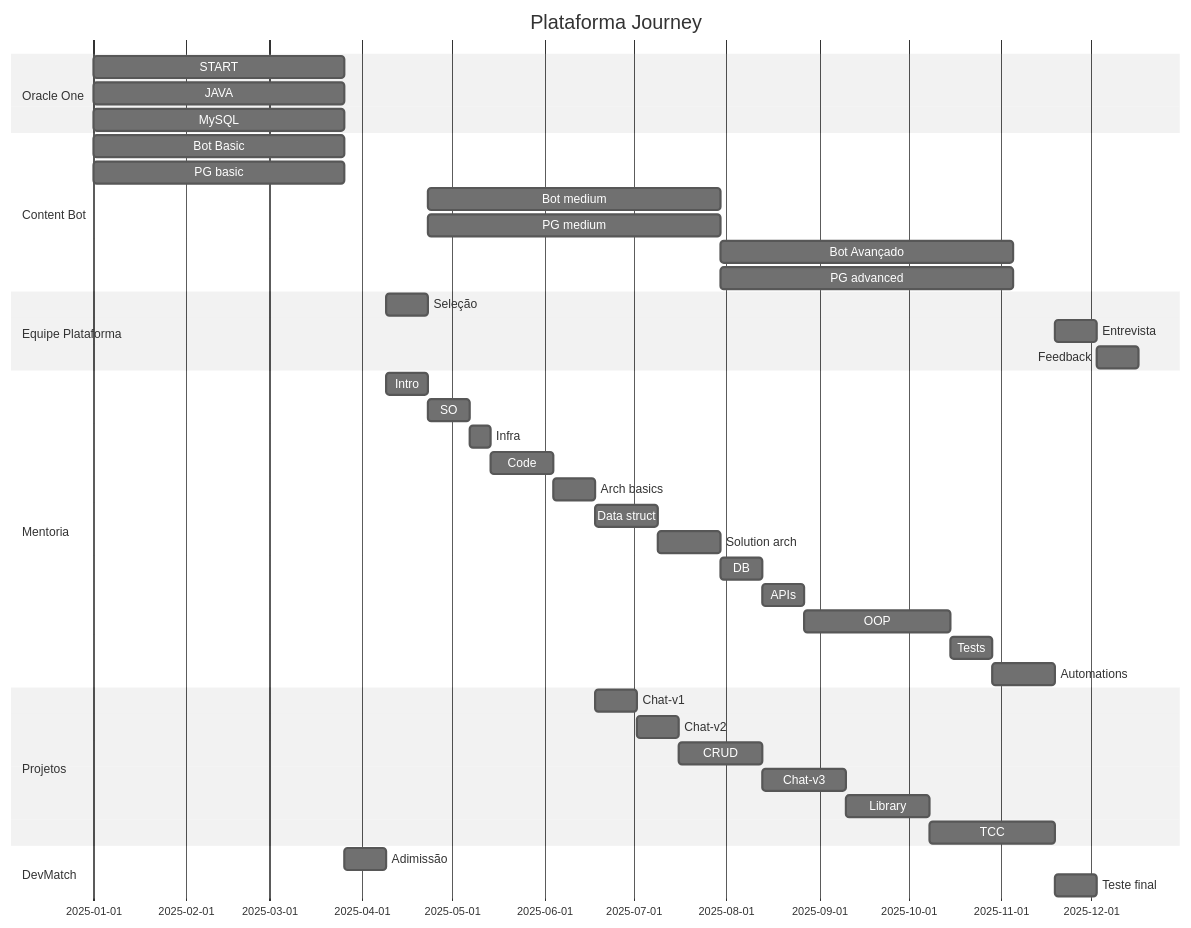
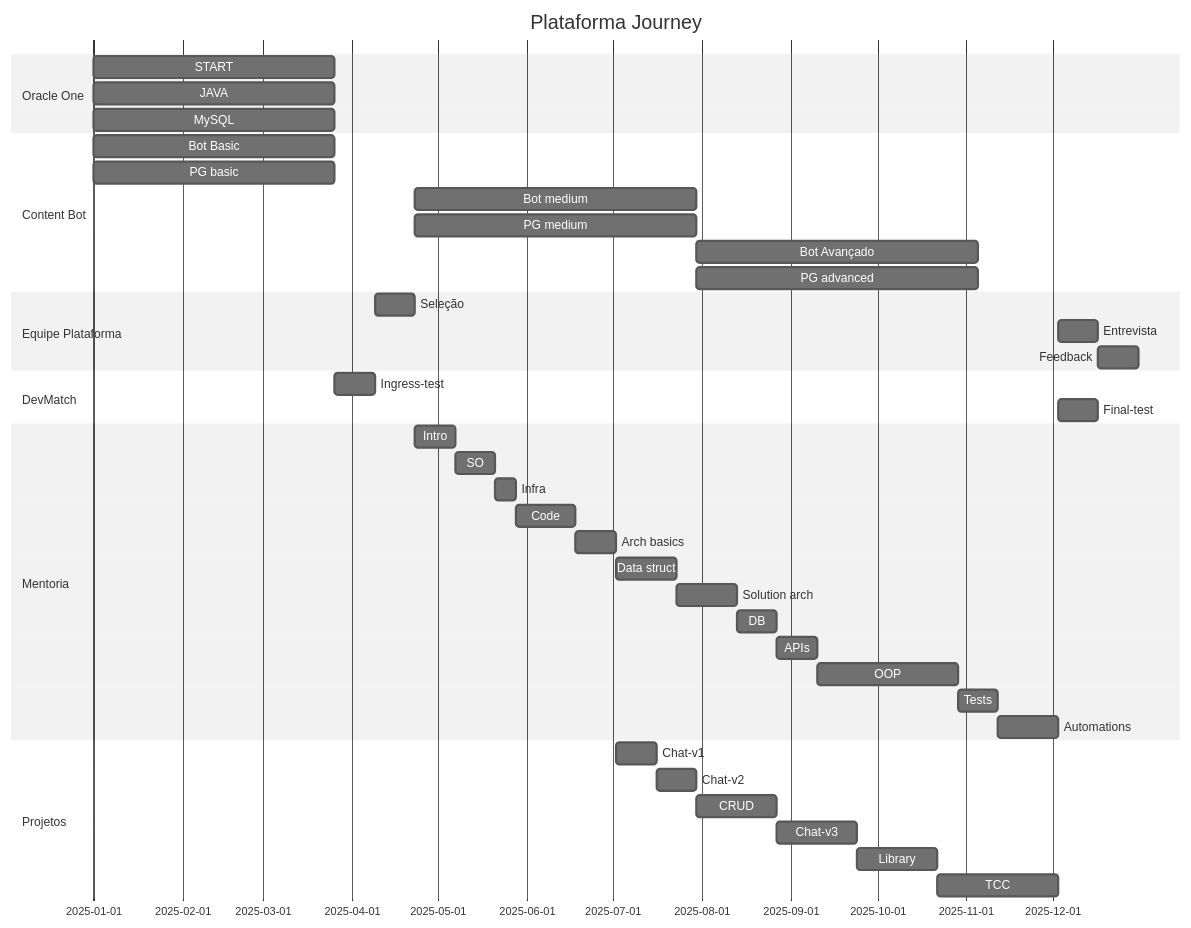
The diagram in README.md (RafaelFino/plataforma-journey), drawn with Mermaid (neutral theme) before and after one commit.

````diff
--- a/README.md
+++ b/README.md
@@ -15,43 +15,43 @@
 ```mermaid
 gantt
     title Plataforma Journey    
     dateFormat  YYYY-MM-DD
     section Oracle One
         START: one_start, 2025-01-01, 12w
         JAVA: one_java, 2025-01-01, 12w
         MySQL: one_mysql, 2025-01-01, 12w
     section Content Bot
         Bot Basic: bot_content_basic, 2025-01-01, 12w
         PG basic: bot_pg_basic, 2025-01-01, 12w
         Bot medium: bot_content_med, after eval_behave, 14w
         PG medium: bot_pg_med, after eval_behave, 14w
         Bot Avançado: bot_content_adv, after bot_content_med, 14w
         PG advanced: bot_pg_adv, after bot_content_med, 14w
     section Equipe Plataforma
-        Seleção: eval_behave, after eval_dev, 2w
-        Entrevista: behave_eval_final, after prj_tcc, 2w
+        Seleção: eval_behave, after test_ingress, 2w
+        Entrevista: eval_final, after prj_tcc, 2w
         Feedback: team_feedback, after behave_eval_final, 2w
+    section DevMatch
+        Ingress-test: test_ingress, after bot_content_basic, 2w
+        Final-test: test_final, after prj_tcc, 2w      
     section Mentoria
-        Intro: ment_intro, after eval_dev, 2w
+        Intro: ment_intro, after eval_behave, 2w
         SO: ment_SO, after ment_intro, 2w
         Infra: ment_infra, after ment_SO, 1w
         Code: ment_coding, after ment_infra, 3w
         Arch basics: ment_arch_basic, after ment_coding, 2w
         Data struct: ment_data_structure, after ment_arch_basic, 3w
         Solution arch: ment_solution_arch, after ment_data_structure, 3w
         DB: ment_sql, after ment_solution_arch, 2w
         APIs: ment_apis, after ment_sql, 2w
         OOP: ment_oop, after ment_apis, 7w
         Tests: ment_tests, after ment_oop, 2w
         Automations: ment_automations, after ment_tests, 3w
     section Projetos        
         Chat-v1: prj_chat_v1, after ment_arch_basic, 2w
         Chat-v2: prj_chat_v2, after prj_chat_v1, 2w
         CRUD: prj_crud, after prj_chat_v2, 4w
         Chat-v3: prj_chat_v3, after ment_sql, 4w
         Library: prj_lib, after prj_chat_v3, 4w
-        TCC: prj_tcc, after prj_lib, 6w
-    section DevMatch
-        Adimissão: eval_dev, after bot_content_basic, 2w
-        Teste final: team_eval, after prj_tcc, 2w        
+        TCC: prj_tcc, after prj_lib, 6w  
 ```
````
